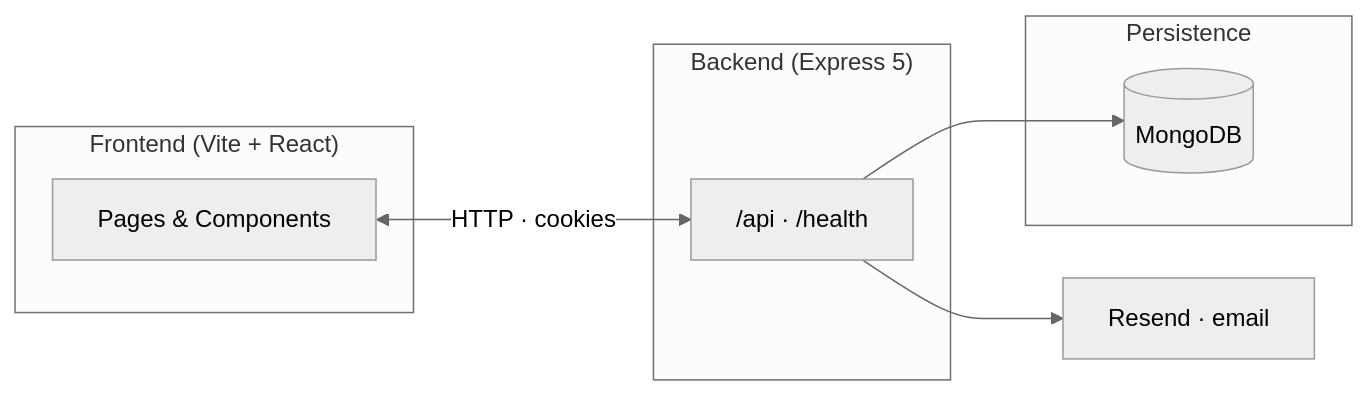
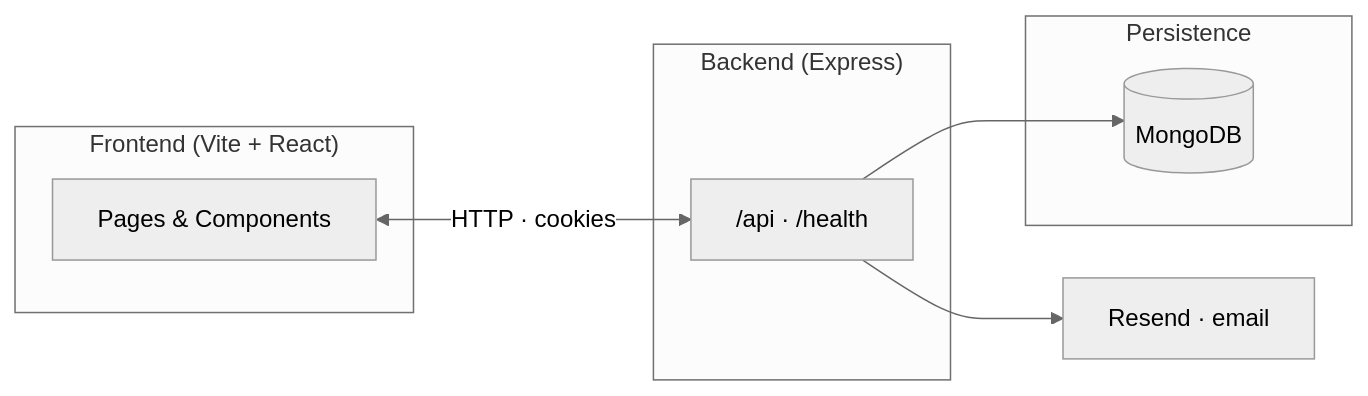
Before and after one commit to Imaginum-org/Campus-Mart: the diagram in Readme.md, drawn with Mermaid (neutral theme). The commit also changed other lines of this file and 7 other files, not shown here.

````diff
--- a/Readme.md
+++ b/Readme.md
@@ -50,20 +48,20 @@
 ```mermaid
 flowchart LR
   subgraph Client["Frontend (Vite + React)"]
     UI[Pages & Components]
   end
 
-  subgraph Server["Backend (Express 5)"]
+  subgraph Server["Backend (Express)"]
     API["/api · /health"]
   end
 
   subgraph Data["Persistence"]
     DB[(MongoDB)]
   end
 
   Ext["Resend · email"]
 
   UI <-->|HTTP · cookies| API
   API --> DB
   API --> Ext
 ```
````
